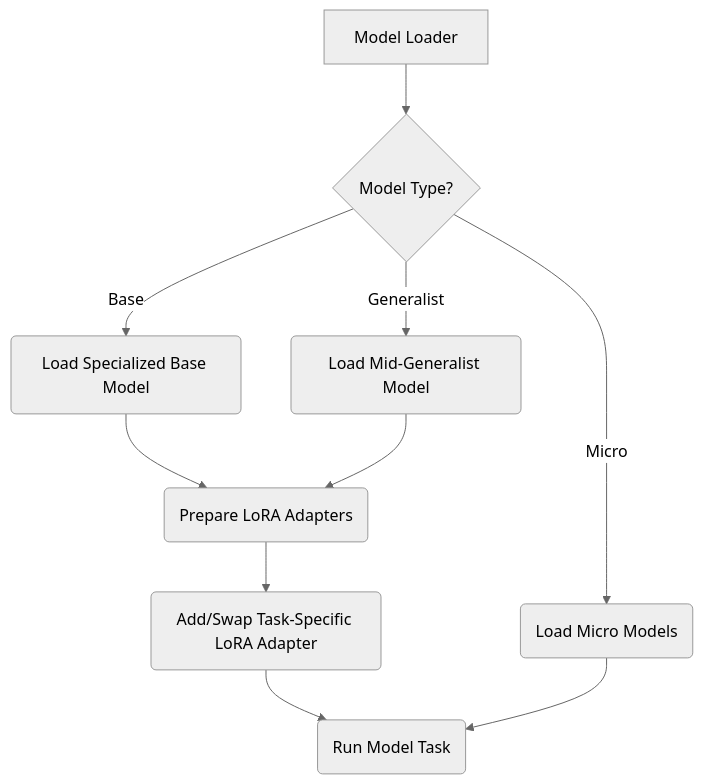
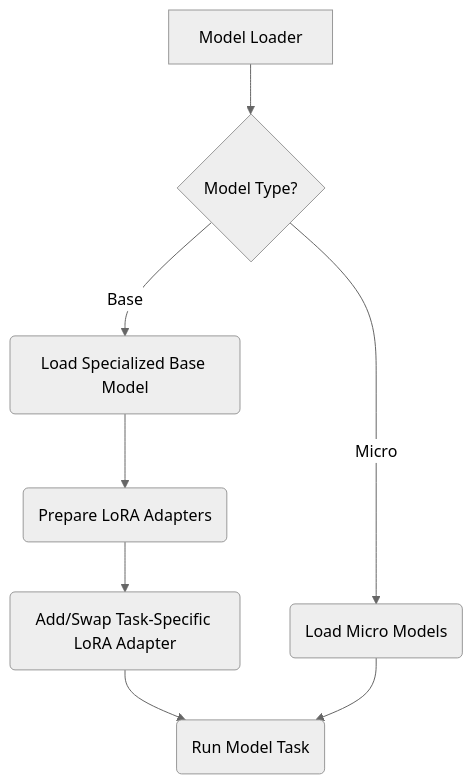
Before and after one commit to DarrinOBrien/MAMA---ASDRP: the diagram in Architecture_Diagrams/SimpleArchitecture/ModelAdapterHandling.md, drawn with Mermaid (neutral theme).

Commit message:
Removed extra generalist model.

````diff
--- a/Architecture_Diagrams/SimpleArchitecture/ModelAdapterHandling.md
+++ b/Architecture_Diagrams/SimpleArchitecture/ModelAdapterHandling.md
@@ -3,14 +3,12 @@
 ```mermaid
 flowchart TD
     A[Model Loader] --> A1{Model Type?}
     A1 --> |Base| B1(Load Specialized Base Model)
     A1 --> |Micro| B2(Load Micro Models)
-    A1 --> |Generalist| B3(Load Mid-Generalist Model)
 
     B1 --> C(Prepare LoRA Adapters)
-    B3 --> C
     C --> D(Add/Swap Task-Specific LoRA Adapter)
 
     D --> E(Run Model Task)
     B2 --> E
 ```
````
